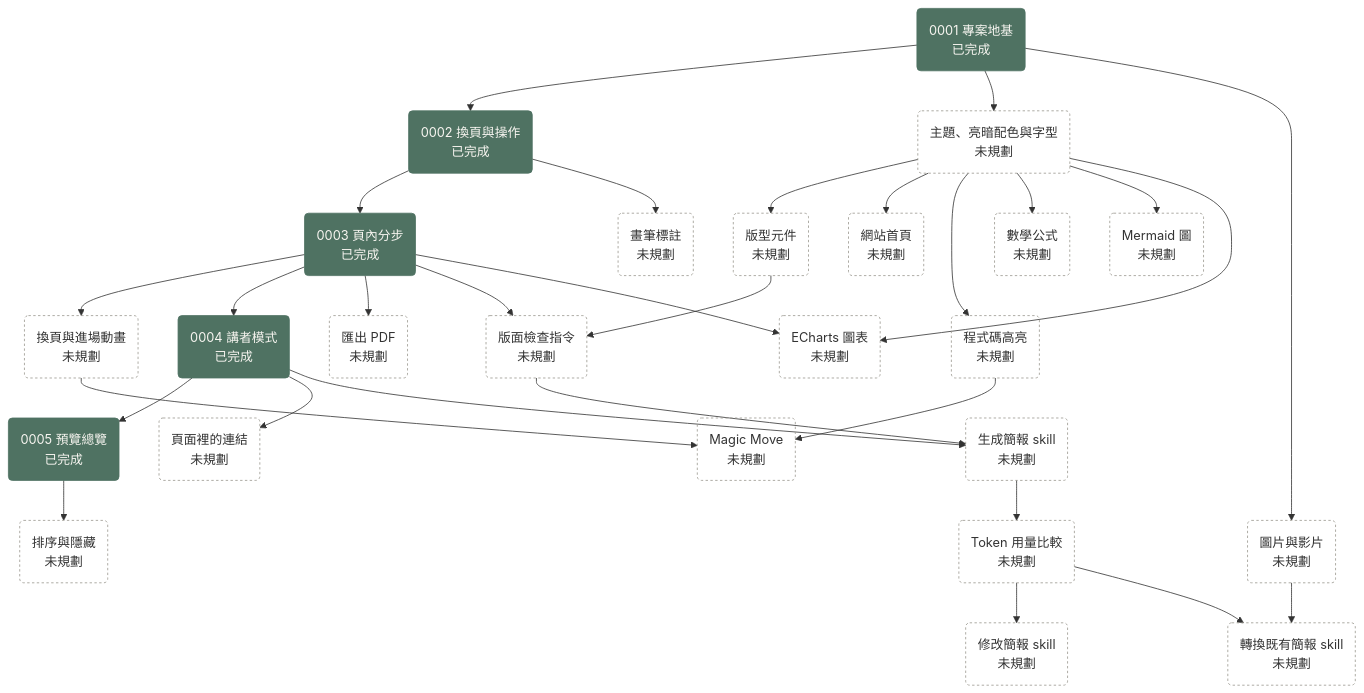
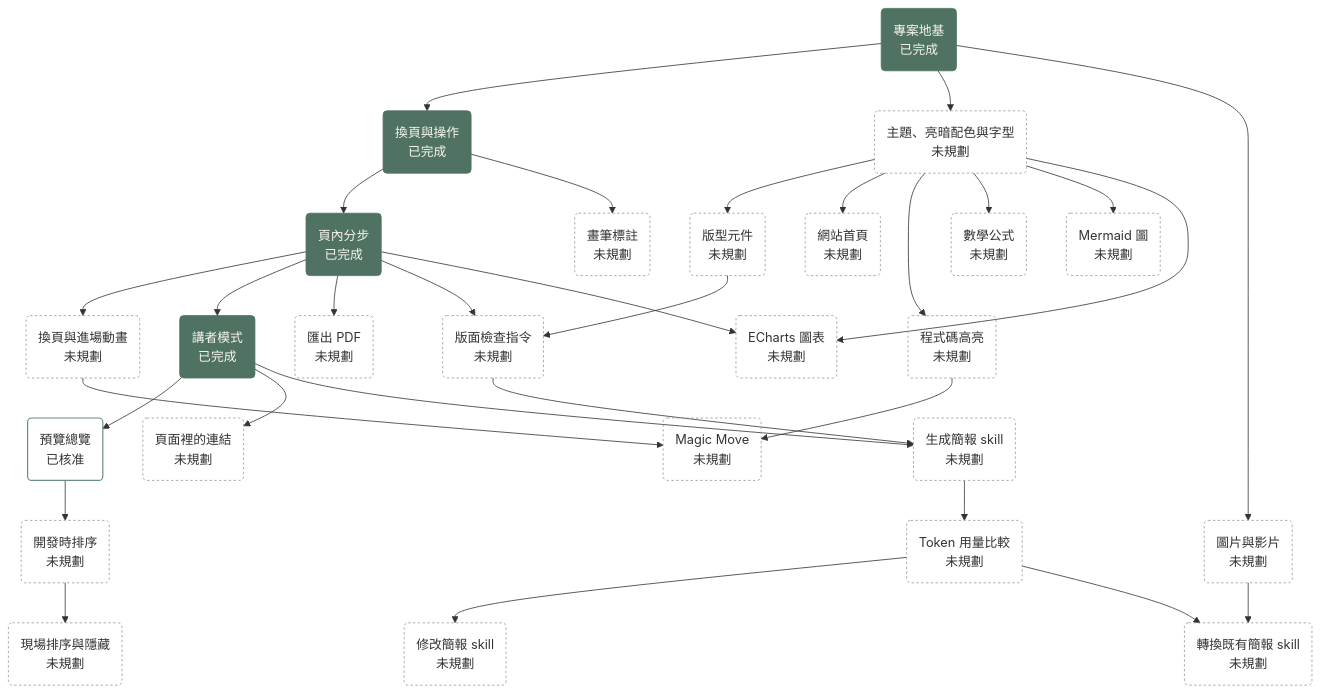
The diagram in docs/plans/roadmap.md (bingyangchen/diapo), drawn with Mermaid before and after one commit. The commit also changed other lines of this file and 3 other files, not shown here.

Commit message:
[plan 0006] Show the overview only in the presenter window (#19)

````diff
--- a/docs/plans/roadmap.md
+++ b/docs/plans/roadmap.md
@@ -7,47 +7,48 @@
 ```mermaid
 flowchart TD
-  P0001("0001 專案地基<br/>已完成"):::done
-  P0002("0002 換頁與操作<br/>已完成"):::done
-  P0003("0003 頁內分步<br/>已完成"):::done
+  foundation("專案地基<br/>已完成"):::done
+  navigation("換頁與操作<br/>已完成"):::done
+  steps("頁內分步<br/>已完成"):::done
   transitions("換頁與進場動畫<br/>未規劃"):::unplanned
   magic_move("Magic Move<br/>未規劃"):::unplanned
-  P0005("0005 預覽總覽<br/>已完成"):::done
-  reorder("排序與隱藏<br/>未規劃"):::unplanned
+  overview("預覽總覽<br/>已核准"):::approved
+  dev_reorder("開發時排序<br/>未規劃"):::unplanned
+  onsite_reorder("現場排序與隱藏<br/>未規劃"):::unplanned
   annotation("畫筆標註<br/>未規劃"):::unplanned
   page_links("頁面裡的連結<br/>未規劃"):::unplanned
-  P0004("0004 講者模式<br/>已完成"):::done
+  presenter_mode("講者模式<br/>已完成"):::done
   theme("主題、亮暗配色與字型<br/>未規劃"):::unplanned
   layouts("版型元件<br/>未規劃"):::unplanned
   media("圖片與影片<br/>未規劃"):::unplanned
   code_highlight("程式碼高亮<br/>未規劃"):::unplanned
   math("數學公式<br/>未規劃"):::unplanned
   mermaid_diagram("Mermaid 圖<br/>未規劃"):::unplanned
   charts("ECharts 圖表<br/>未規劃"):::unplanned
   pdf_export("匯出 PDF<br/>未規劃"):::unplanned
   site_home("網站首頁<br/>未規劃"):::unplanned
   layout_check("版面檢查指令<br/>未規劃"):::unplanned
   skill_generate("生成簡報 skill<br/>未規劃"):::unplanned
   token_benchmark("Token 用量比較<br/>未規劃"):::unplanned
   skill_modify("修改簡報 skill<br/>未規劃"):::unplanned
   skill_convert("轉換既有簡報 skill<br/>未規劃"):::unplanned
-  P0001 --> P0002 --> P0003 --> transitions --> magic_move
-  P0004 --> P0005 --> reorder
-  P0002 --> annotation
-  P0004 --> page_links
-  P0003 --> P0004 --> skill_generate
-  P0003 --> pdf_export
-  P0003 --> layout_check
-  P0001 --> theme --> layouts --> layout_check --> skill_generate
+  foundation --> navigation --> steps --> transitions --> magic_move
+  presenter_mode --> overview --> dev_reorder --> onsite_reorder
+  navigation --> annotation
+  presenter_mode --> page_links
+  steps --> presenter_mode --> skill_generate
+  steps --> pdf_export
+  steps --> layout_check
+  foundation --> theme --> layouts --> layout_check --> skill_generate
   skill_generate --> token_benchmark --> skill_modify
   token_benchmark --> skill_convert
-  P0001 --> media --> skill_convert
+  foundation --> media --> skill_convert
   theme --> site_home
   theme --> code_highlight --> magic_move
   theme --> math
   theme --> mermaid_diagram
   theme --> charts
-  P0003 --> charts
+  steps --> charts
   classDef done fill:#4f7262,stroke:#4f7262,color:#f7f5f0
   classDef approved fill:none,stroke:#6b8f7e,stroke-width:1.5px
   classDef unplanned fill:none,stroke:#9a978f,stroke-dasharray:3 3
 ```
````
